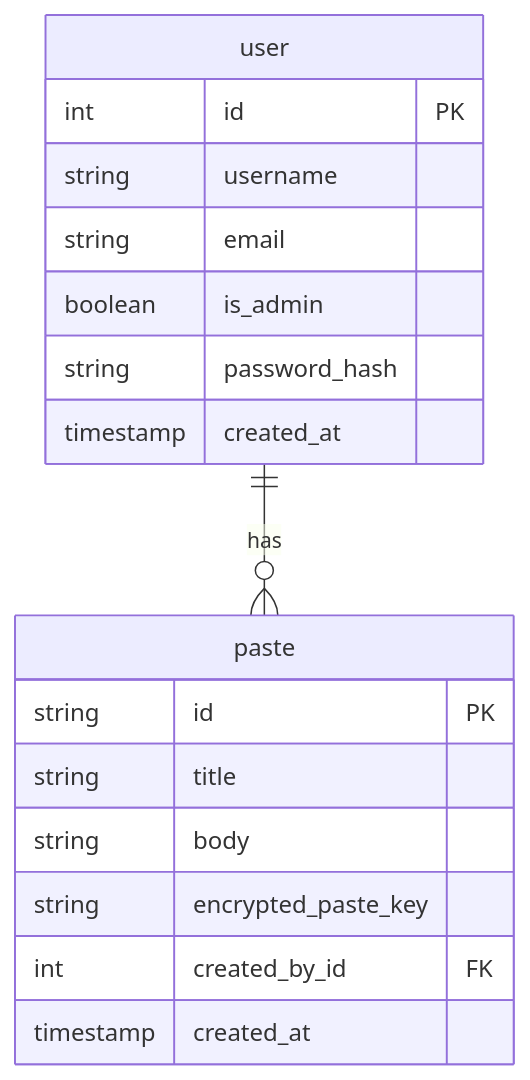
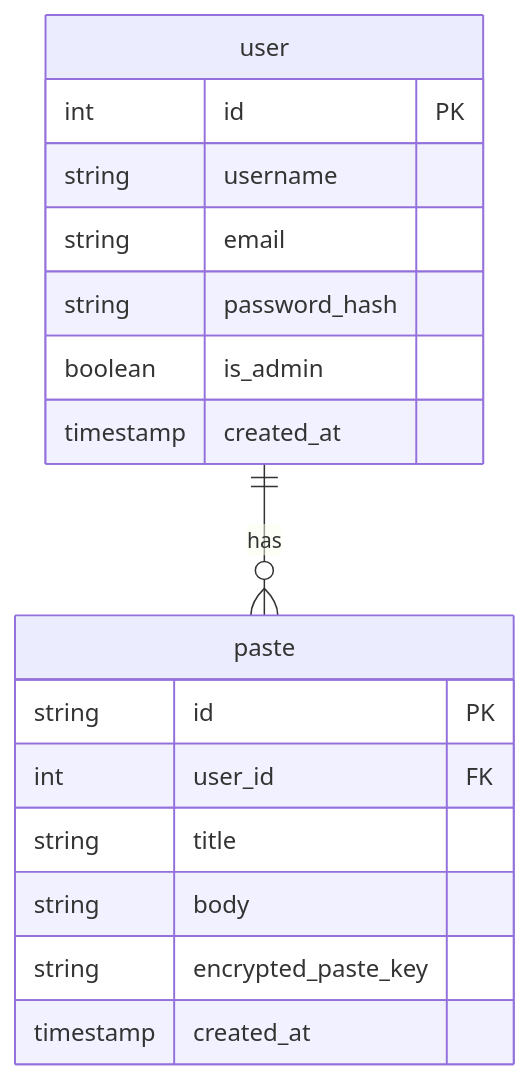
One commit to jacoboneill/SecureBin changed the third of 3 diagrams in docs/ARCHITECTURE.md. Above: the diagram before and after it, drawn with Mermaid. The commit also changed other lines of this file and 7 other files, not shown here.

````diff
--- a/docs/ARCHITECTURE.md
+++ b/docs/ARCHITECTURE.md
@@ -97,22 +96,22 @@
 ```mermaid
 erDiagram
     user {
         int id PK
         string username
         string email
+        string password_hash
         boolean is_admin
-        string password_hash
         timestamp created_at
     }
 
     paste {
         string id PK
+        int user_id FK
         string title
         string body
         string encrypted_paste_key
-        int created_by_id FK
         timestamp created_at
     }
 
     user ||--o{ paste : has
 ```
````
